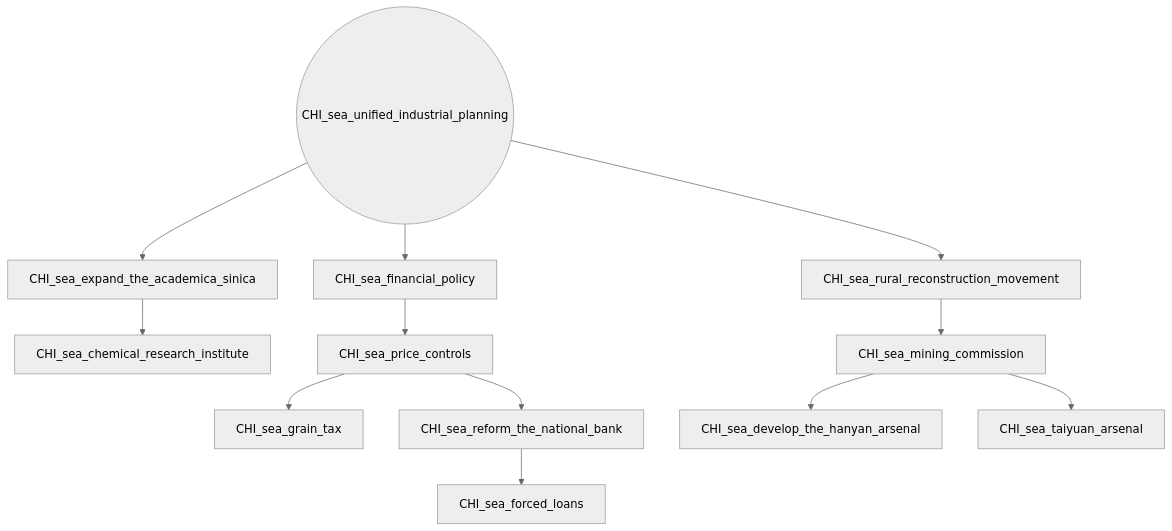
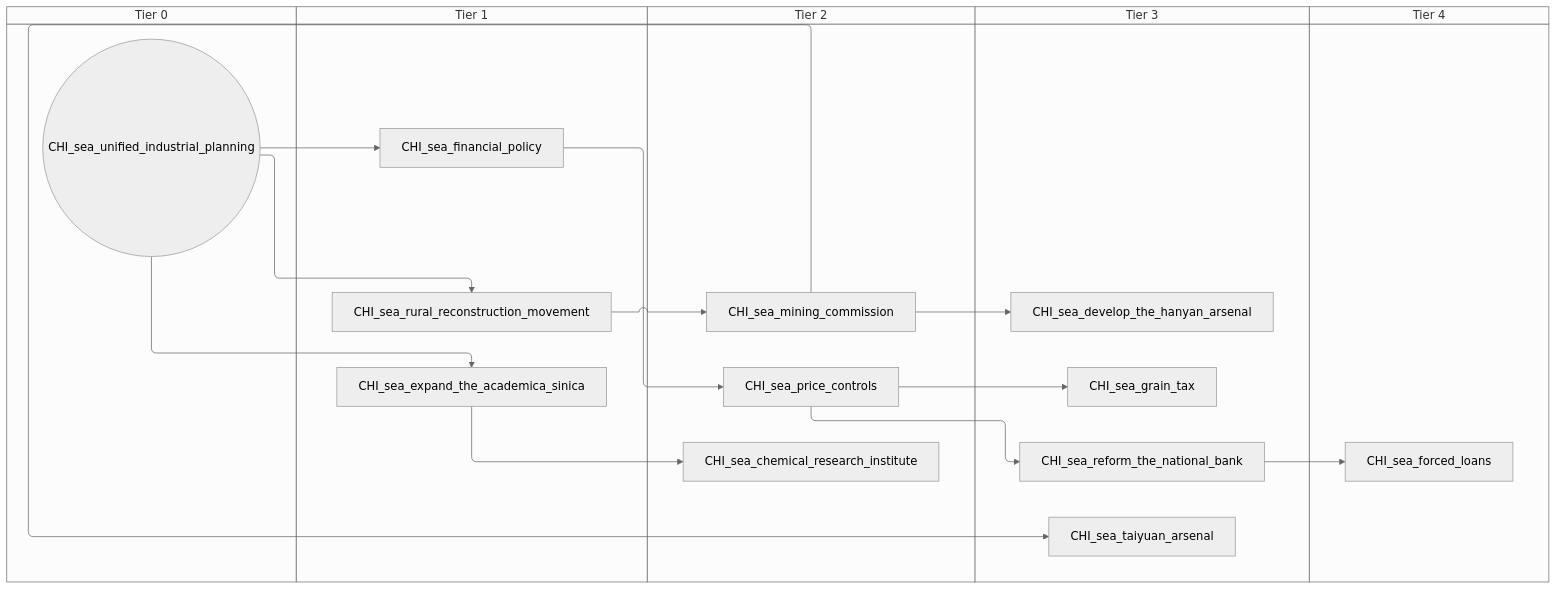
One commit to evgeny-sobol/hoi4-sandbox-mode-r56 changed the second of 5 diagrams in docs/gdd/National Focuses/r56/china_nationalist_warlord_TSR.md. Above: the diagram before and after it, drawn with Mermaid (neutral theme). The commit also changed other lines of this file and 423 other files, not shown here.

First line of the commit message:
Re-export Rt56 focus trees as swimlane diagrams

````diff
--- a/docs/gdd/National Focuses/r56/china_nationalist_warlord_TSR.md
+++ b/docs/gdd/National Focuses/r56/china_nationalist_warlord_TSR.md
@@ -22,26 +28,36 @@
 ```mermaid
-flowchart TD
-    n8["CHI_sea_chemical_research_institute"]
-    n9["CHI_sea_develop_the_hanyan_arsenal"]
-    n10["CHI_sea_expand_the_academica_sinica"]
-    n11["CHI_sea_financial_policy"]
-    n12["CHI_sea_forced_loans"]
-    n13["CHI_sea_grain_tax"]
-    n14["CHI_sea_mining_commission"]
-    n15["CHI_sea_price_controls"]
-    n16["CHI_sea_reform_the_national_bank"]
-    n17["CHI_sea_rural_reconstruction_movement"]
-    n18["CHI_sea_taiyuan_arsenal"]
-    n19(("CHI_sea_unified_industrial_planning"))
-    n10 --> n8
-    n14 --> n9
-    n19 --> n10
-    n19 --> n11
-    n16 --> n12
-    n15 --> n13
-    n17 --> n14
-    n11 --> n15
-    n15 --> n16
-    n19 --> n17
-    n14 --> n18
+swimlane-beta TD
+    subgraph tier_0["Tier 0"]
+        n8(("CHI_sea_unified_industrial_planning"))
+    end
+    subgraph tier_1["Tier 1"]
+        n9["CHI_sea_expand_the_academica_sinica"]
+        n10["CHI_sea_financial_policy"]
+        n11["CHI_sea_rural_reconstruction_movement"]
+    end
+    subgraph tier_2["Tier 2"]
+        n12["CHI_sea_chemical_research_institute"]
+        n13["CHI_sea_mining_commission"]
+        n14["CHI_sea_price_controls"]
+    end
+    subgraph tier_3["Tier 3"]
+        n15["CHI_sea_develop_the_hanyan_arsenal"]
+        n16["CHI_sea_grain_tax"]
+        n17["CHI_sea_reform_the_national_bank"]
+        n18["CHI_sea_taiyuan_arsenal"]
+    end
+    subgraph tier_4["Tier 4"]
+        n19["CHI_sea_forced_loans"]
+    end
+    n9 --> n12
+    n13 --> n15
+    n8 --> n9
+    n8 --> n10
+    n17 --> n19
+    n14 --> n16
+    n11 --> n13
+    n10 --> n14
+    n14 --> n17
+    n8 --> n11
+    n13 --> n18
 ```
````
